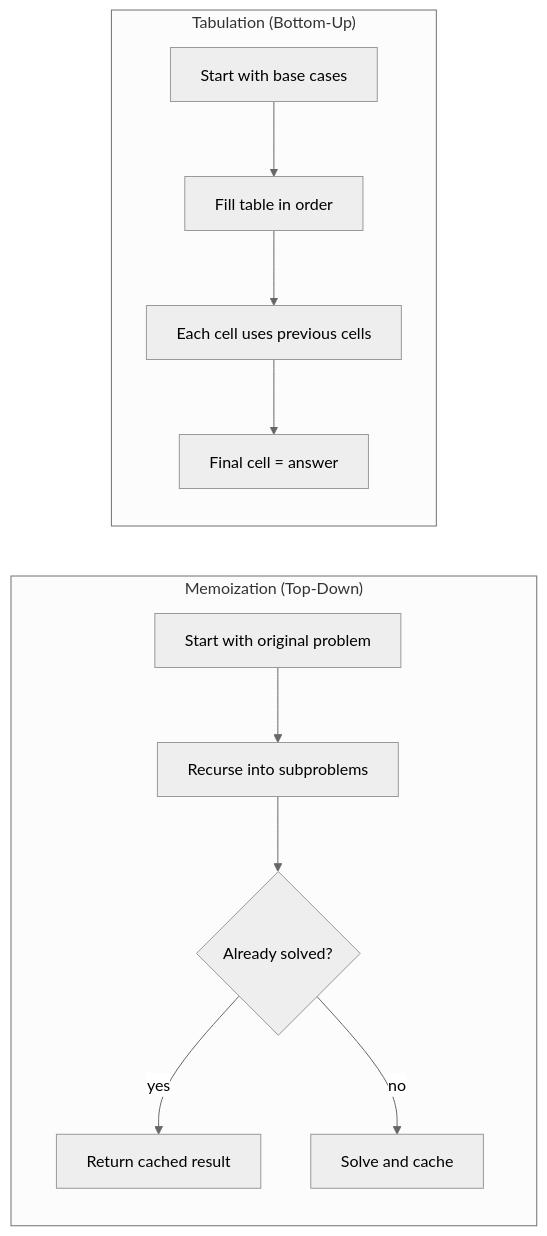
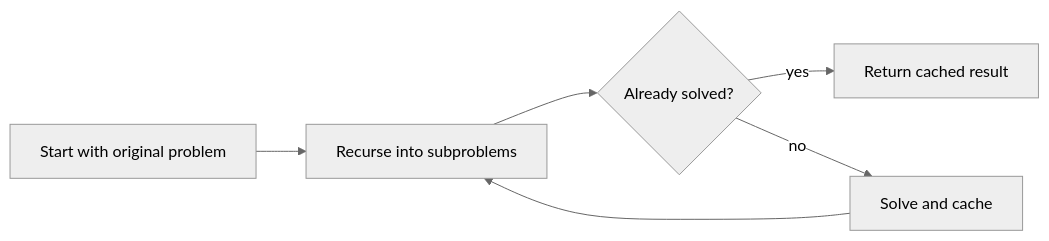
The first of 4 diagrams in theory/05-algo-1/03-dp.md (vikash1a/data-structure-algorithm), drawn with Mermaid (neutral theme) before and after one commit. The commit also changed other lines of this file, not shown here.

````diff
--- a/theory/05-algo-1/03-dp.md
+++ b/theory/05-algo-1/03-dp.md
@@ -12,14 +13,7 @@
 ```mermaid
 flowchart LR
-    subgraph memo["Memoization (Top-Down)"]
-        m1["Start with original problem"] --> m2["Recurse into subproblems"]
-        m2 --> m3{"Already solved?"}
-        m3 -->|"yes"| m4["Return cached result"]
-        m3 -->|"no"| m5["Solve and cache"]
-    end
-    subgraph tab["Tabulation (Bottom-Up)"]
-        t1["Start with base cases"] --> t2["Fill table in order"]
-        t2 --> t3["Each cell uses previous cells"]
-        t3 --> t4["Final cell = answer"]
-    end
+    m1["Start with original problem"] --> m2["Recurse into subproblems"]
+    m2 --> m3{"Already solved?"}
+    m3 -->|"yes"| m4["Return cached result"]
+    m3 -->|"no"| m5["Solve and cache"] --> m2
 ```
````
